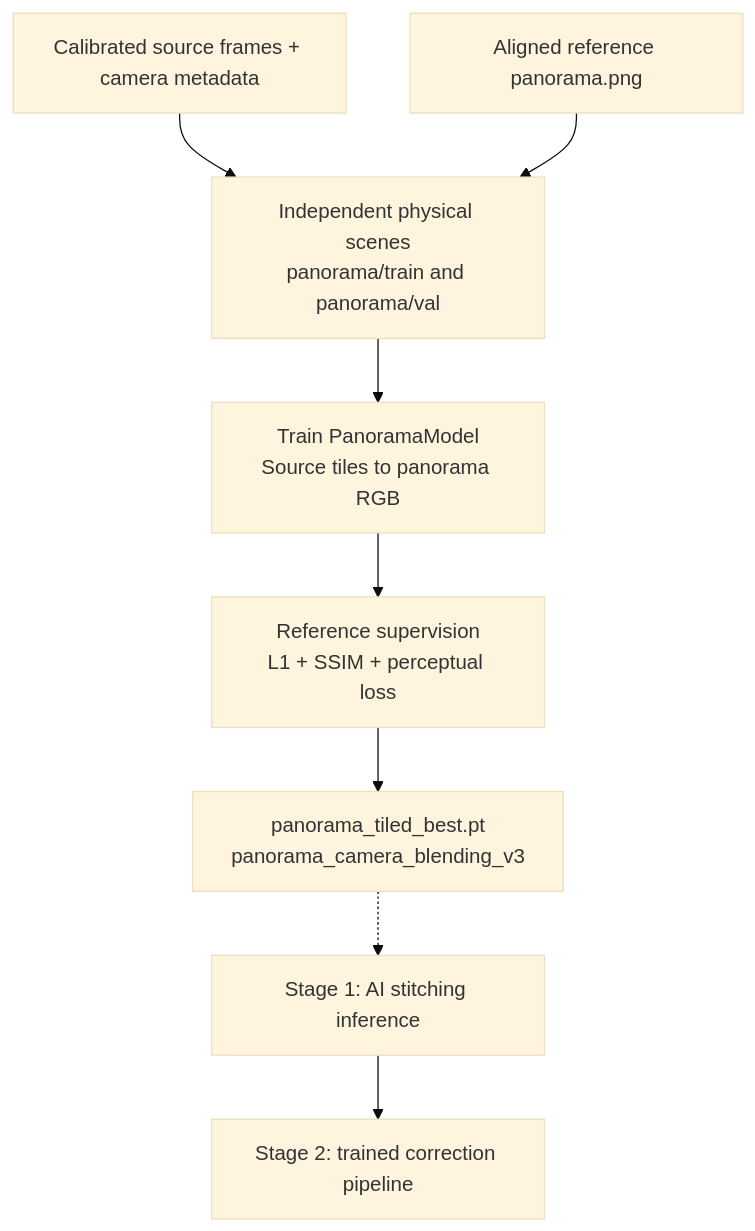
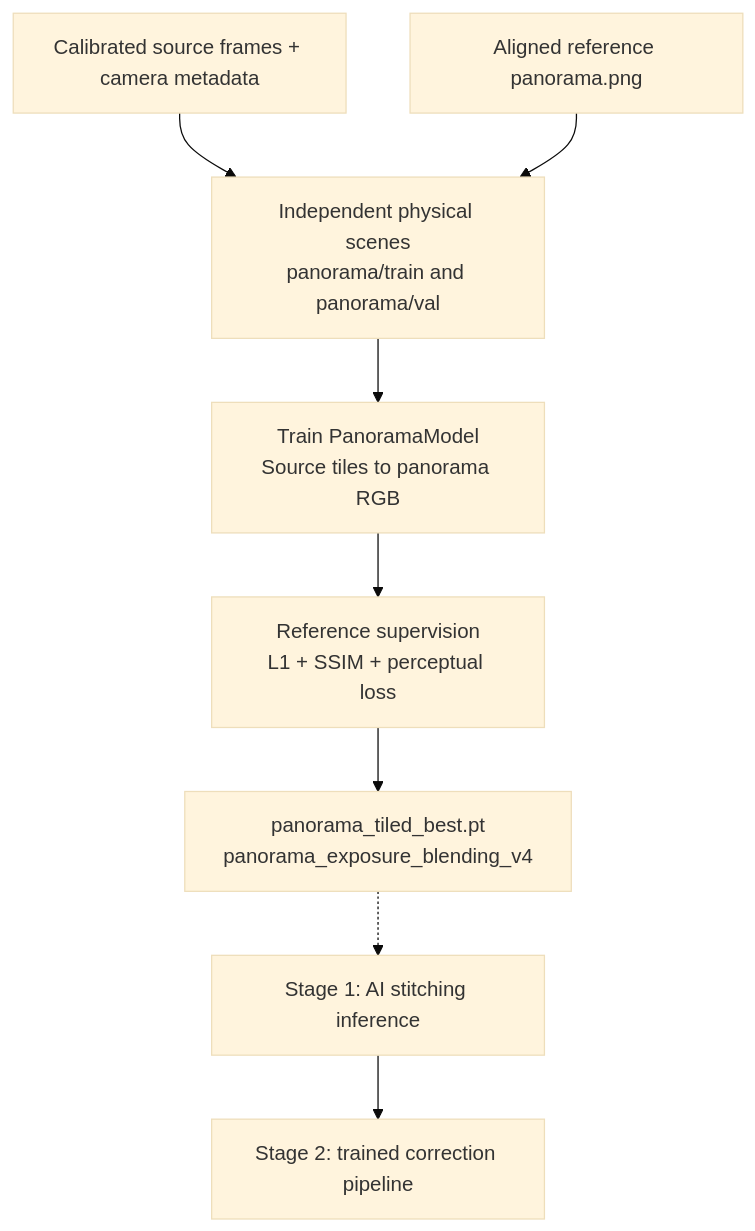
The second of 5 diagrams in panorama/ARCHITECTURE_VARIABLE_TILED.md (prasannac10/Capture_360), drawn with Mermaid (base theme) before and after one commit. The commit also changed other lines of this file and 24 other files, not shown here.

````diff
--- a/panorama/ARCHITECTURE_VARIABLE_TILED.md
+++ b/panorama/ARCHITECTURE_VARIABLE_TILED.md
@@ -71,15 +72,15 @@
 ```mermaid
 flowchart TD
     sources["Calibrated source frames + camera metadata"]
     reference["Aligned reference panorama.png"]
     split["Independent physical scenes<br/>panorama/train and panorama/val"]
     model["Train PanoramaModel<br/>Source tiles to panorama RGB"]
     loss["Reference supervision<br/>L1 + SSIM + perceptual loss"]
-    checkpoint["panorama_tiled_best.pt<br/>panorama_camera_blending_v3"]
+    checkpoint["panorama_tiled_best.pt<br/>panorama_exposure_blending_v4"]
     inference["Stage 1: AI stitching inference"]
     correction["Stage 2: trained correction pipeline"]
     sources --> split --> model --> loss --> checkpoint
     reference --> split
     checkpoint -.-> inference
     inference --> correction
 ```
````
